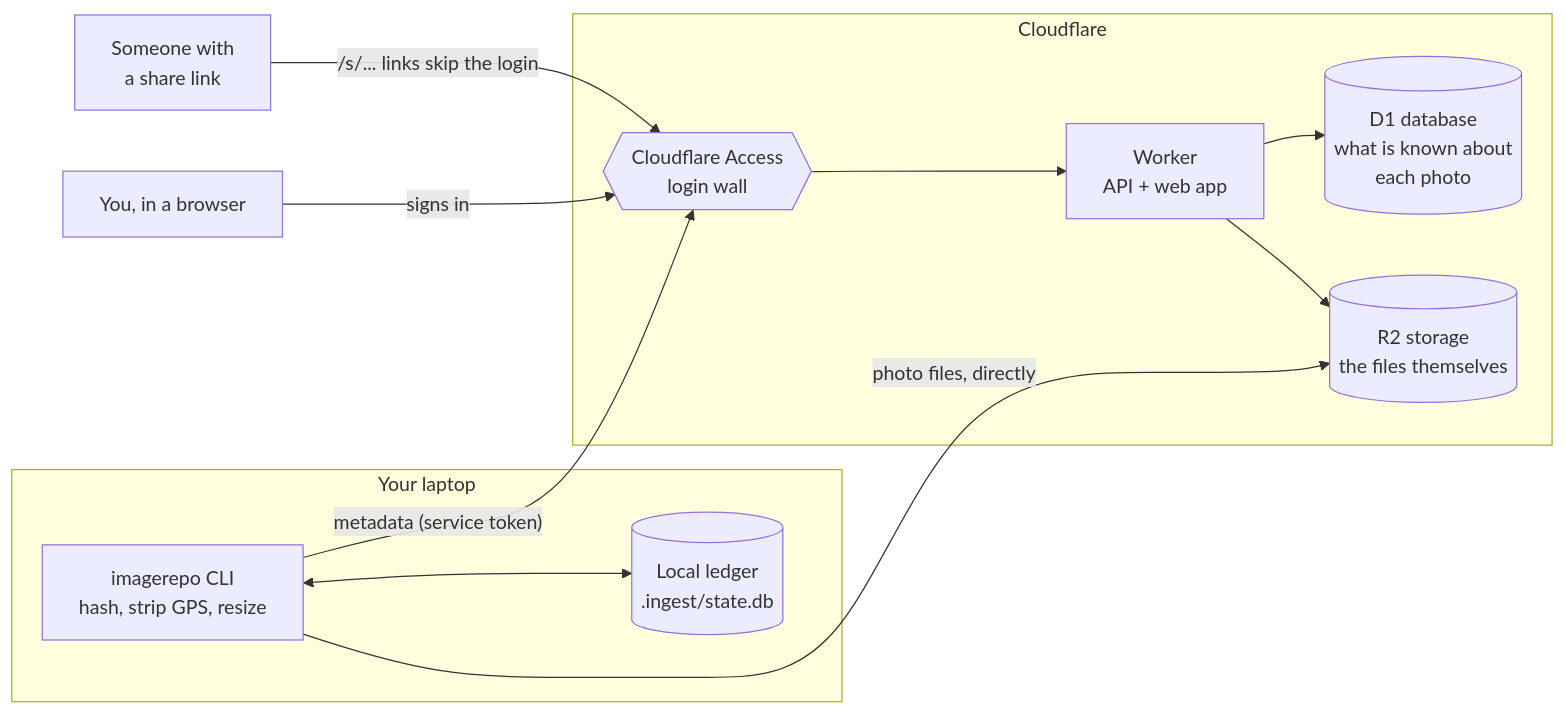
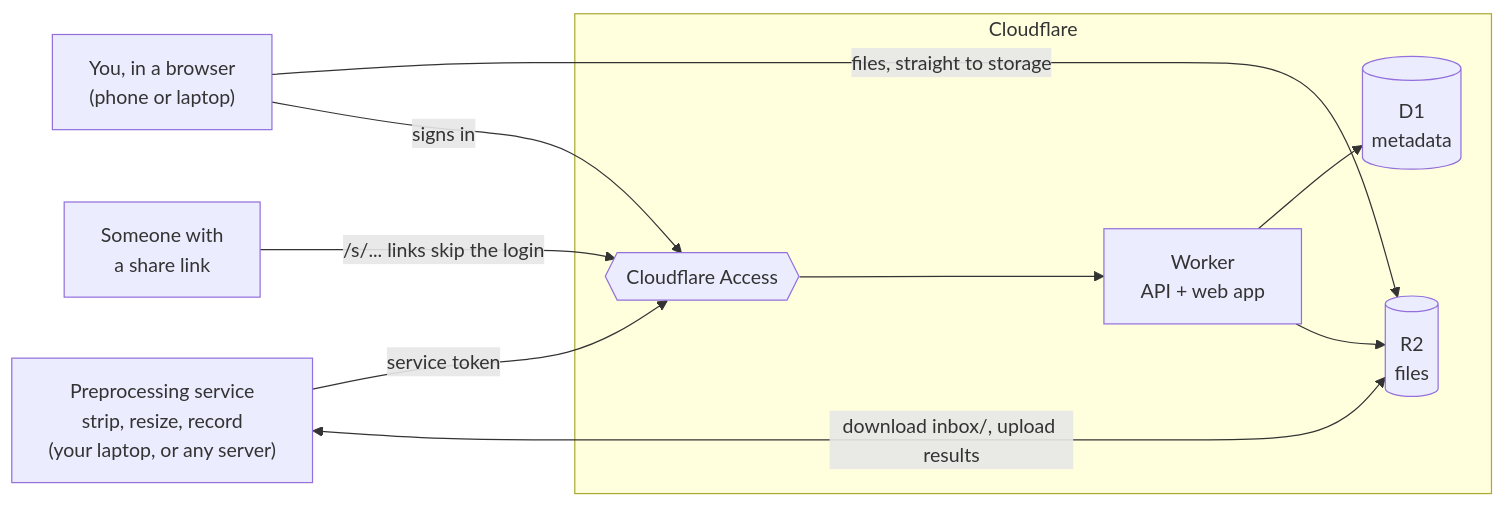
One commit to Sakthibats/ImageRepo changed the first of 4 diagrams in README.md. Above: the diagram before and after it, drawn with Mermaid. The commit also changed other lines of this file and 3 other files, not shown here.

First line of the commit message:
Docs: the browser + service flow, without the CLI

````diff
--- a/README.md
+++ b/README.md
@@ -15,26 +13,22 @@
 ```mermaid
 flowchart LR
-  subgraph laptop["Your laptop"]
-    CLI["imagerepo CLI<br/>hash, strip GPS, resize"]
-    Ledger[("Local ledger<br/>.ingest/state.db")]
+  Owner["You, in a browser<br/>(phone or laptop)"]
+  Guest["Someone with<br/>a share link"]
+  Service["Preprocessing service<br/>strip, resize, record<br/>(your laptop, or any server)"]
+
+  subgraph cf["Cloudflare"]
+    Access{{"Cloudflare Access"}}
+    Worker["Worker<br/>API + web app"]
+    D1[("D1<br/>metadata")]
+    R2[("R2<br/>files")]
   end
 
-  Owner["You, in a browser"]
-  Guest["Someone with<br/>a share link"]
-
-  subgraph cf["Cloudflare"]
-    Access{{"Cloudflare Access<br/>login wall"}}
-    Worker["Worker<br/>API + web app"]
-    D1[("D1 database<br/>what is known about<br/>each photo")]
-    R2[("R2 storage<br/>the files themselves")]
-  end
-
-  CLI <--> Ledger
-  CLI -- "photo files, directly" --> R2
-  CLI -- "metadata (service token)" --> Access
+  Owner -- "files, straight to storage" --> R2
   Owner -- "signs in" --> Access
+  Service -- "service token" --> Access
+  Service <-- "download inbox/, upload results" --> R2
   Guest -- "/s/... links skip the login" --> Access
   Access --> Worker
   Worker --> D1
   Worker --> R2
 ```
````
